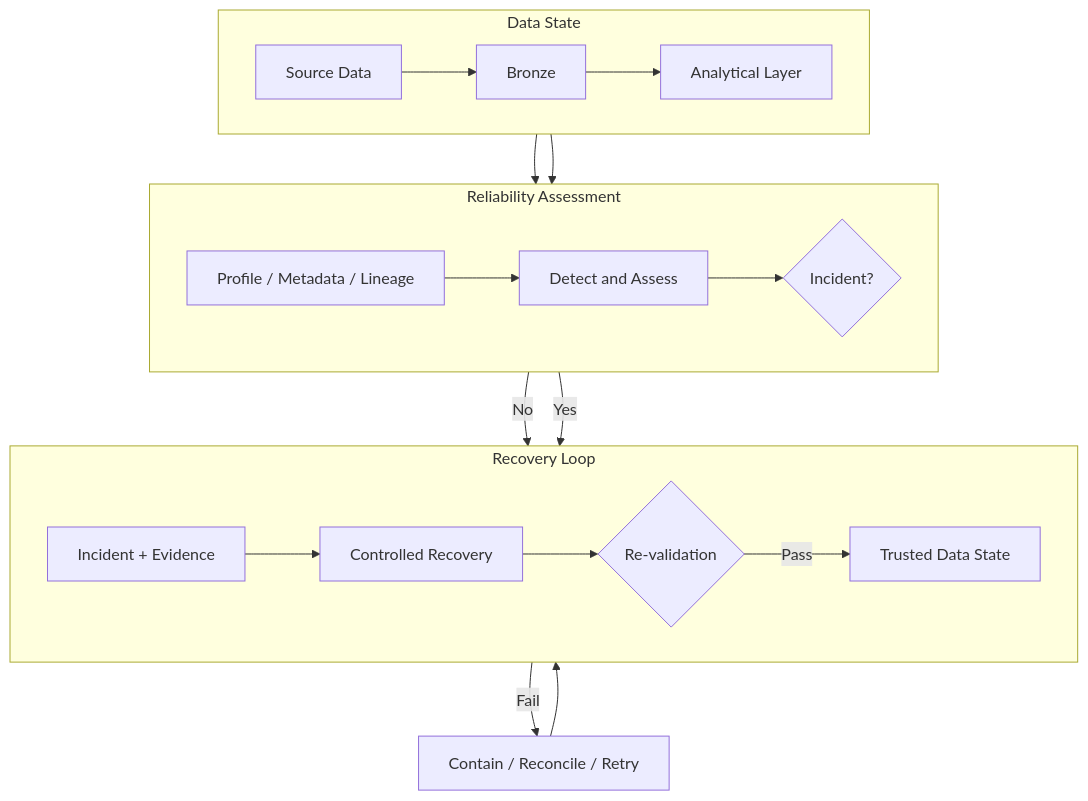
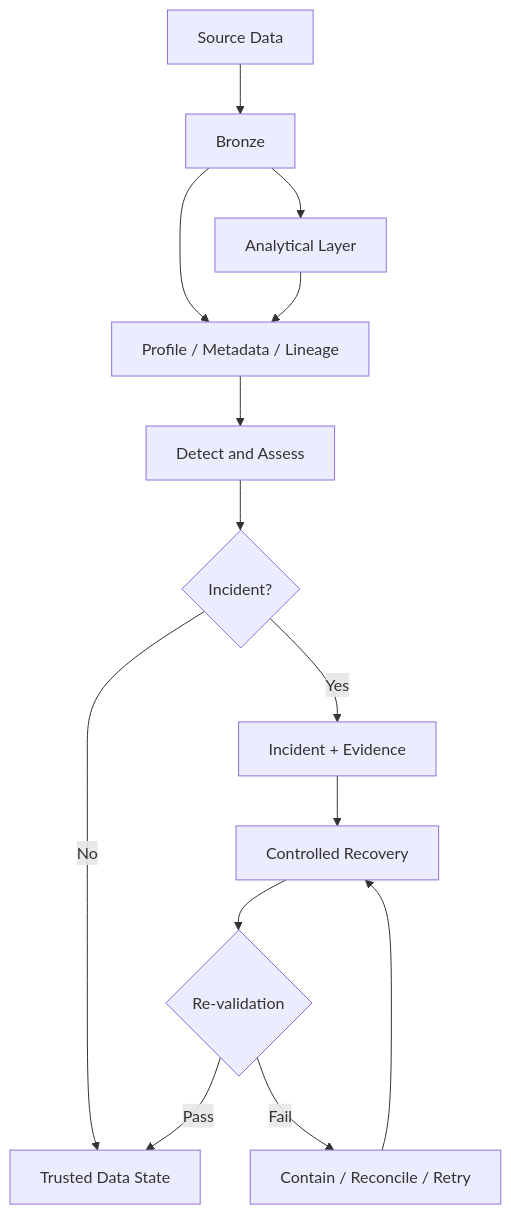
One commit to mols3131d/hmda-data-reliability changed the first of 3 diagrams in docs/VISION.md. Above: the diagram before and after it, drawn with Mermaid. The commit also changed other lines of this file, not shown here.

Commit message:
docs: simplify vision Mermaid layouts

````diff
--- a/docs/VISION.md
+++ b/docs/VISION.md
@@ -54,25 +54,17 @@
 ```mermaid
 flowchart TB
-    subgraph data_state ["Data State"]
-        direction LR
-        source["Source Data"] --> bronze["Bronze"] --> analytical["Analytical Layer"]
-    end
+    source["Source Data"] --> bronze["Bronze"]
+    bronze --> analytical["Analytical Layer"]
+    bronze --> evidence["Profile / Metadata / Lineage"]
+    analytical --> evidence
+    evidence --> detect["Detect and Assess"]
+    detect --> incident{"Incident?"}
 
-    subgraph assessment ["Reliability Assessment"]
-        direction LR
-        evidence["Profile / Metadata / Lineage"] --> detect["Detect and Assess"] --> incident{"Incident?"}
-    end
-
-    bronze --> evidence
-    analytical --> evidence
-
-    subgraph recovery_loop ["Recovery Loop"]
-        direction LR
-        incident_evidence["Incident + Evidence"] --> recovery["Controlled Recovery"] --> verify{"Re-validation"} -->|Pass| trusted["Trusted Data State"]
-    end
-
-    incident -->|No| trusted
-    incident -->|Yes| incident_evidence
+    incident -->|No| trusted["Trusted Data State"]
+    incident -->|Yes| incident_evidence["Incident + Evidence"]
+    incident_evidence --> recovery["Controlled Recovery"]
+    recovery --> verify{"Re-validation"}
+    verify -->|Pass| trusted
     verify -->|Fail| reconcile["Contain / Reconcile / Retry"]
     reconcile --> recovery
 ```
````
